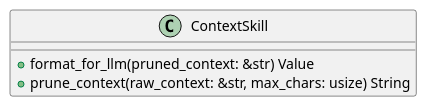
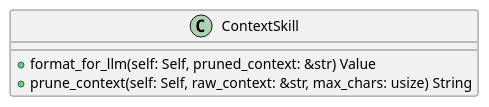
The first of 6 diagrams in openwiki/crates_factory_mcp_server_src_skills_context.md (lgcorzo/rust_CACD_autonomous_factory), drawn with PlantUML before and after one commit. The commit also changed other lines of this file and 95 other files, not shown here.

````diff
--- a/openwiki/crates_factory_mcp_server_src_skills_context.md
+++ b/openwiki/crates_factory_mcp_server_src_skills_context.md
@@ -132,9 +134,9 @@
 ```plantuml
 @startuml
 class ContextSkill {
-    +format_for_llm(pruned_context: &str) Value
-    +prune_context(raw_context: &str, max_chars: usize) String
+    +format_for_llm(self: Self, pruned_context: &str) Value
+    +prune_context(self: Self, raw_context: &str, max_chars: usize) String
 }
 @enduml
 
 ```
````
